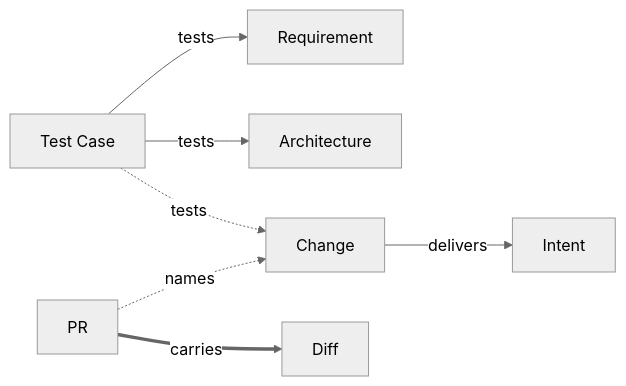
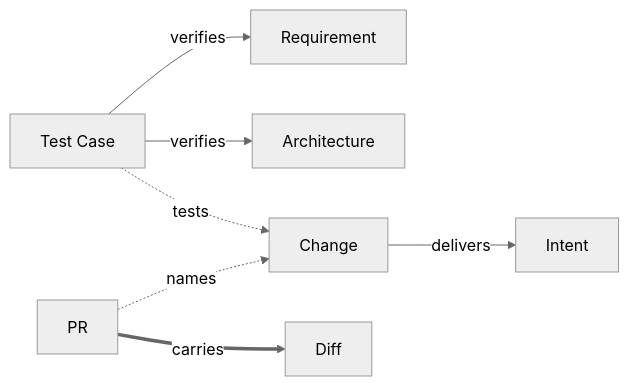
Before and after one commit to Kai-Hacks-AI/KAAL: the diagram in engineering/metamodel/views/do.md, drawn with Mermaid (neutral theme). The commit also changed other lines of this file and 7 other files, not shown here.

````diff
--- a/engineering/metamodel/views/do.md
+++ b/engineering/metamodel/views/do.md
@@ -12,9 +12,9 @@
 ```mermaid
 flowchart LR
   Change -->|delivers| Intent
-  TestCase["Test Case"] -->|tests| Requirement
-  TestCase -->|tests| Architecture
+  TestCase["Test Case"] -->|verifies| Requirement
+  TestCase -->|verifies| Architecture
   TestCase -.->|tests| Change
   PR -.->|names| Change
   PR ==>|carries| Diff
 ```
````
